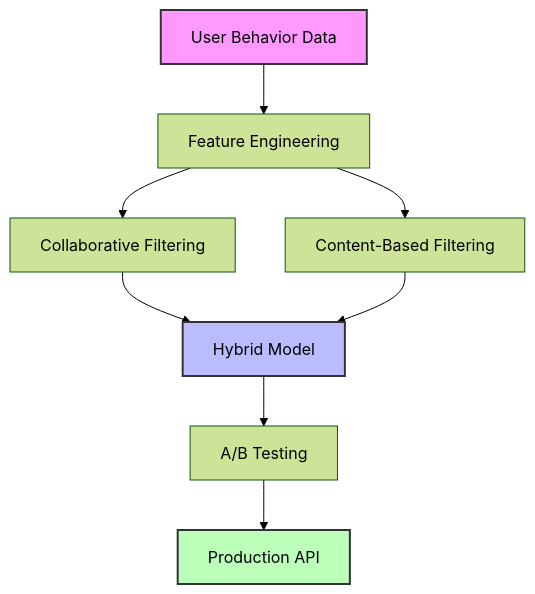
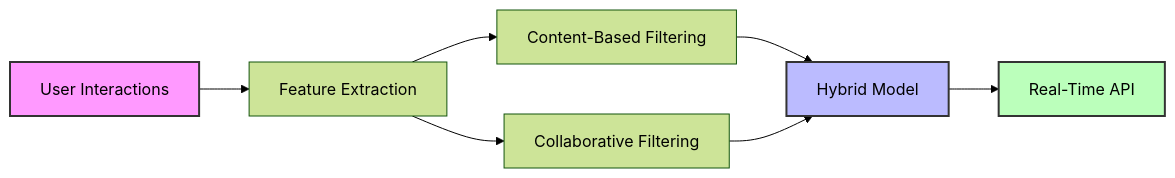
One commit to joaquimtimoteo/joaquimtimoteo changed the second of 3 diagrams in README.md. Above: the diagram before and after it, drawn with Mermaid (forest theme). The commit also changed other lines of this file, not shown here.

````diff
--- a/README.md
+++ b/README.md
@@ -217,14 +198,13 @@
 ```mermaid
-graph TD
-    A[User Behavior Data] --> B[Feature Engineering]
-    B --> C[Collaborative Filtering]
-    B --> D[Content-Based Filtering]
+graph LR
+    A[User Interactions] --> B[Feature Extraction]
+    B --> C[Content-Based Filtering]
+    B --> D[Collaborative Filtering]
     C --> E[Hybrid Model]
     D --> E
-    E --> F[A/B Testing]
-    F --> G[Production API]
+    E --> F[Real-Time API]
     
     style A fill:#f9f,stroke:#333,stroke-width:2px
     style E fill:#bbf,stroke:#333,stroke-width:2px
-    style G fill:#bfb,stroke:#333,stroke-width:2px
+    style F fill:#bfb,stroke:#333,stroke-width:2px
 ```
````
